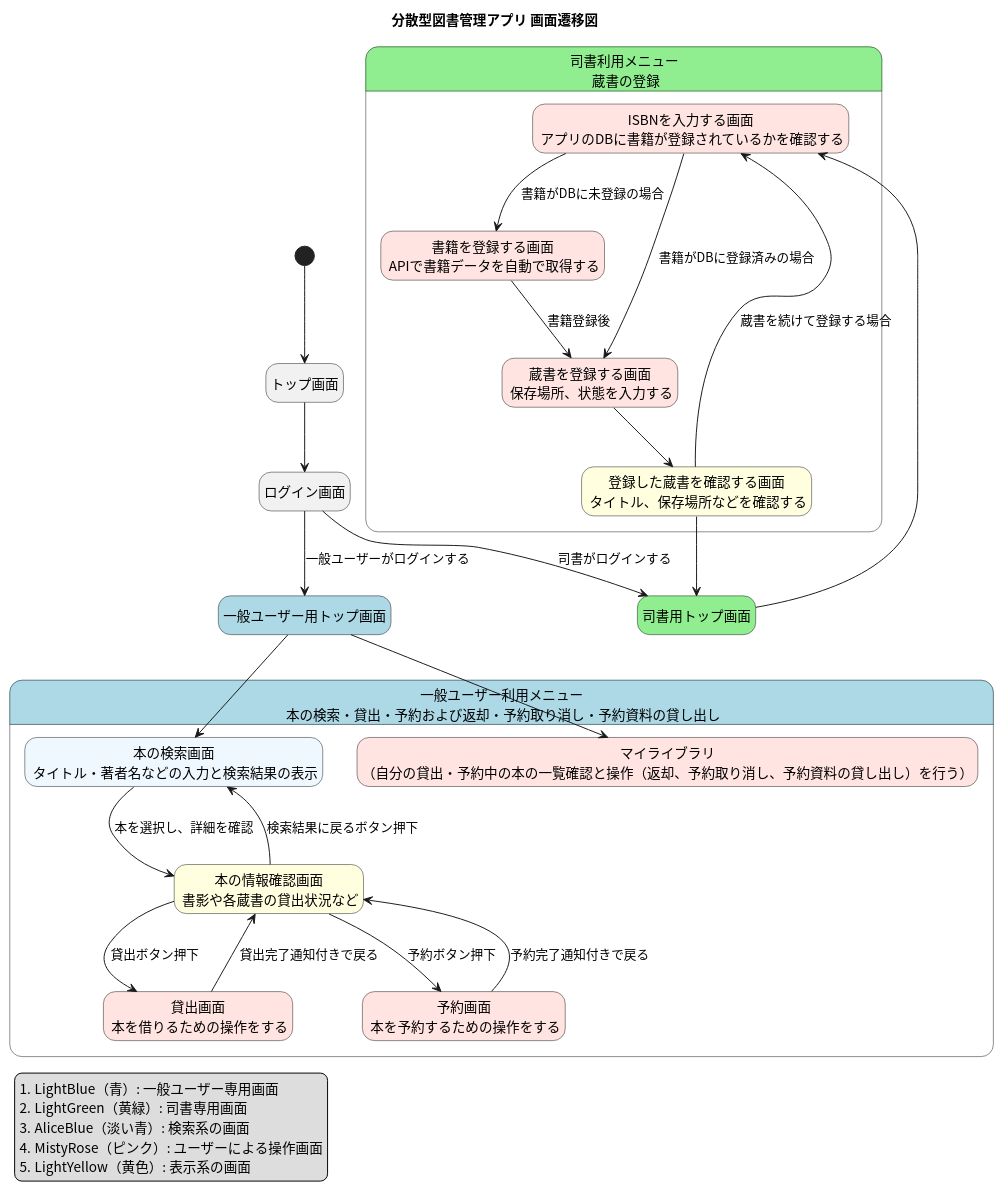
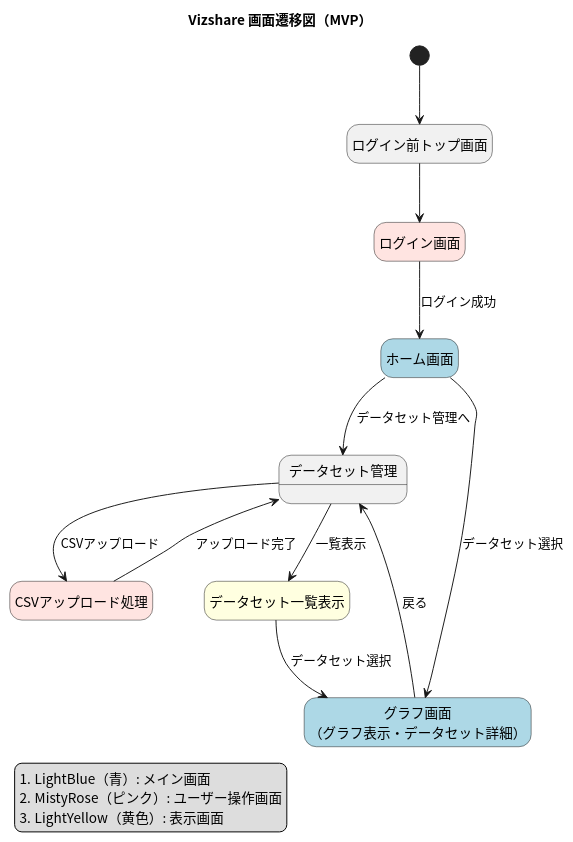
Before and after one commit to tomoki-shiozaki/vizshare: the diagram in docs/screen_flow/screen_flow_diagram.pu, drawn with PlantUML.

Commit message:
docs(screen flow): add screen flow diagram

```diff
--- a/docs/screen_flow/screen_flow_diagram.pu
+++ b/docs/screen_flow/screen_flow_diagram.pu
@@ -1,67 +1,46 @@
-@startuml screen_flow
+@startuml screen_flow_vizshare
 skinparam defaultFontName "Noto Sans CJK JP"
 hide empty description
 
-title 分散型図書管理アプリ 画面遷移図   
+title Vizshare 画面遷移図（MVP）
 
 legend left
-#LightBlue（青）: 一般ユーザー専用画面
-#LightGreen（黄緑）: 司書専用画面
-#AliceBlue（淡い青）: 検索系の画面
-#MistyRose（ピンク）: ユーザーによる操作画面
-#LightYellow（黄色）: 表示系の画面
+#LightBlue（青）: メイン画面
+#MistyRose（ピンク）: ユーザー操作画面
+#LightYellow（黄色）: 表示画面
 end legend
 
 [*] --> notLogin
 
-    state "トップ画面" as notLogin
-    state "ログイン画面" as login
-    state "一般ユーザー用トップ画面" as user #LightBlue
-    state "司書用トップ画面" as librarian #LightGreen
-    notLogin --> login 
-    login --> user : 一般ユーザーがログインする
-    login --> librarian : 司書がログインする
+state "ログイン前トップ画面" as notLogin
+state "ログイン画面" as login <<操作>>
+state "ホーム画面" as home #LightBlue
+state "データセット管理画面\n（アップロード・一覧）" as datasetManagement #LightBlue
+state "CSVアップロード処理" as uploadCsv <<操作>>
+state "データセット一覧表示" as datasetList <<表示>>
+state "グラフ画面\n（グラフ表示・データセット詳細）" as graphView #LightBlue
 
+notLogin --> login
+login --> home : ログイン成功
 
-state "司書利用メニュー\n 蔵書の登録" as bookManagement #LightGreen {
-    state "ISBNを入力する画面\n アプリのDBに書籍が登録されているかを確認する" as isbnCheckForm <<操作>>
-    state "書籍を登録する画面\n APIで書籍データを自動で取得する" as bookCreate <<操作>>
-    state "蔵書を登録する画面\n 保存場所、状態を入力する" as copyCreate <<操作>>
-    state "登録した蔵書を確認する画面\n タイトル、保存場所などを確認する" as copyConfirm <<表示>>
+' ホームからの遷移
+home --> datasetManagement : データセット管理へ
+home --> graphView : データセット選択
+
+' データセット管理内部
+state "データセット管理" as datasetManagement {
+    datasetManagement --> uploadCsv : CSVアップロード
+    datasetManagement --> datasetList : 一覧表示
+    uploadCsv --> datasetManagement : アップロード完了
+    datasetList --> graphView : データセット選択
 }
-librarian --> isbnCheckForm
-isbnCheckForm --> bookCreate : 書籍がDBに未登録の場合
-isbnCheckForm --> copyCreate : 書籍がDBに登録済みの場合
-bookCreate --> copyCreate : 書籍登録後
-copyCreate --> copyConfirm
-copyConfirm --> librarian
-copyConfirm --> isbnCheckForm : 蔵書を続けて登録する場合
 
-state "一般ユーザー利用メニュー\n 本の検索・貸出・予約および返却・予約取り消し・予約資料の貸し出し" as bookUse #LightBlue {
-    state "本の検索画面\n タイトル・著者名などの入力と検索結果の表示" as bookSearch <<検索>>
-    state "本の情報確認画面\n 書影や各蔵書の貸出状況など" as bookStatus <<表示>>
-    state "貸出画面\n 本を借りるための操作をする" as borrowBook <<操作>>
-    state "予約画面\n 本を予約するための操作をする" as reserveBook <<操作>>
-    
-    state "マイライブラリ\n（自分の貸出・予約中の本の一覧確認と操作（返却、予約取り消し、予約資料の貸し出し）を行う）" as borrowingBooks <<操作>>
-
-    ' 本の貸出の流れ
-    bookSearch  --> bookStatus : 本を選択し、詳細を確認
-    bookStatus --> bookSearch : 検索結果に戻るボタン押下
-    bookStatus --> borrowBook : 貸出ボタン押下
-    bookStatus --> reserveBook : 予約ボタン押下
-    borrowBook --> bookStatus : 貸出完了通知付きで戻る
-    reserveBook --> bookStatus : 予約完了通知付きで戻る
-    
-}
-user --> bookSearch
-user --> borrowingBooks
+' グラフ画面
+graphView --> datasetManagement : 戻る
 
 skinparam state {
-  BackgroundColor<<検索>> AliceBlue
   BackgroundColor<<操作>> MistyRose
   BackgroundColor<<表示>> LightYellow
 }
 
-
 @enduml
```
